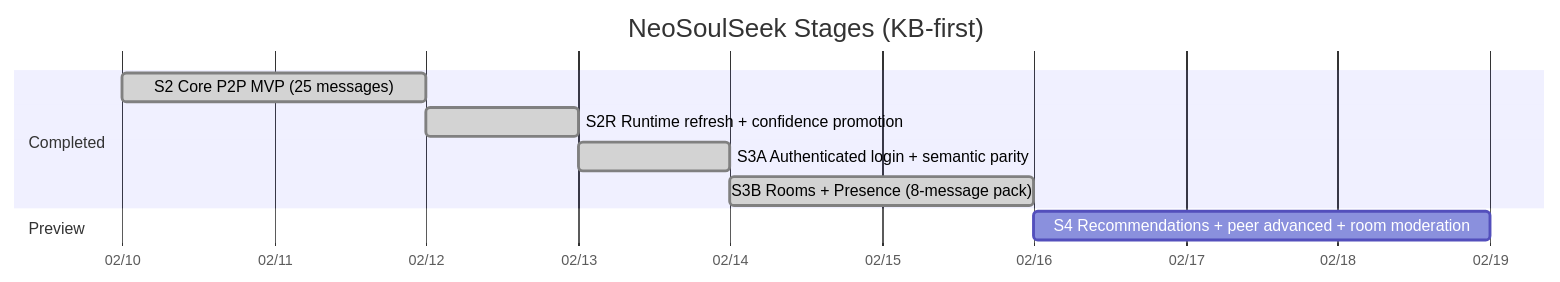
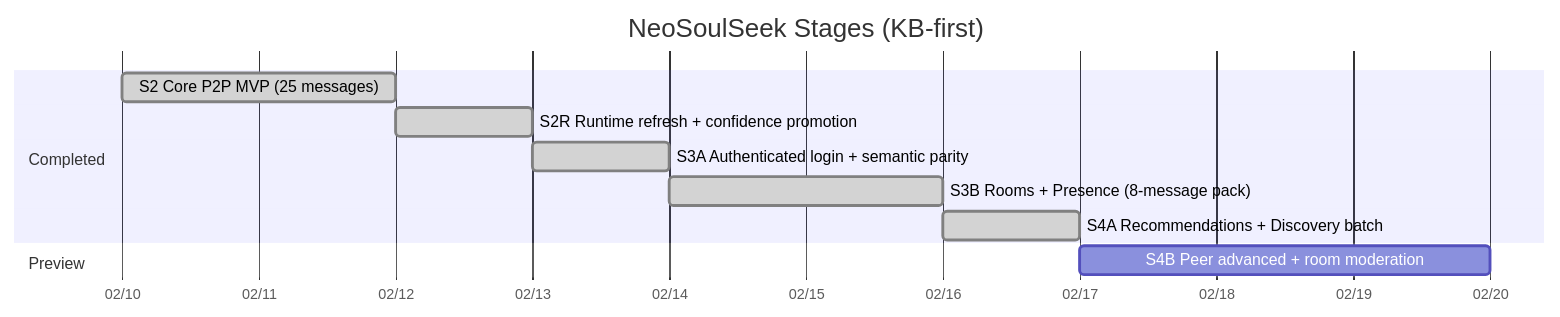
Before and after one commit to fedejinich/nss: the first of 2 diagrams in docs/state/roadmap.md, drawn with Mermaid. The commit also changed other lines of this file and 39 other files, not shown here.

Commit message:
stage4a: add recommendations/discovery batch with runtime parity

````diff
--- a/docs/state/roadmap.md
+++ b/docs/state/roadmap.md
@@ -9,13 +9,14 @@
 ```mermaid
 gantt
     title NeoSoulSeek Stages (KB-first)
     dateFormat  YYYY-MM-DD
     axisFormat  %m/%d
     section Completed
     S2 Core P2P MVP (25 messages) :done, s2, 2026-02-10, 2d
     S2R Runtime refresh + confidence promotion :done, s2r, after s2, 1d
     S3A Authenticated login + semantic parity :done, s3a, after s2r, 1d
     S3B Rooms + Presence (8-message pack) :done, s3b, 2026-02-14, 2d
+    S4A Recommendations + Discovery batch :done, s4a, after s3b, 1d
     section Preview
-    S4 Recommendations + peer advanced + room moderation :s4, after s3b, 3d
+    S4B Peer advanced + room moderation :s4b, after s4a, 3d
 ```
````
